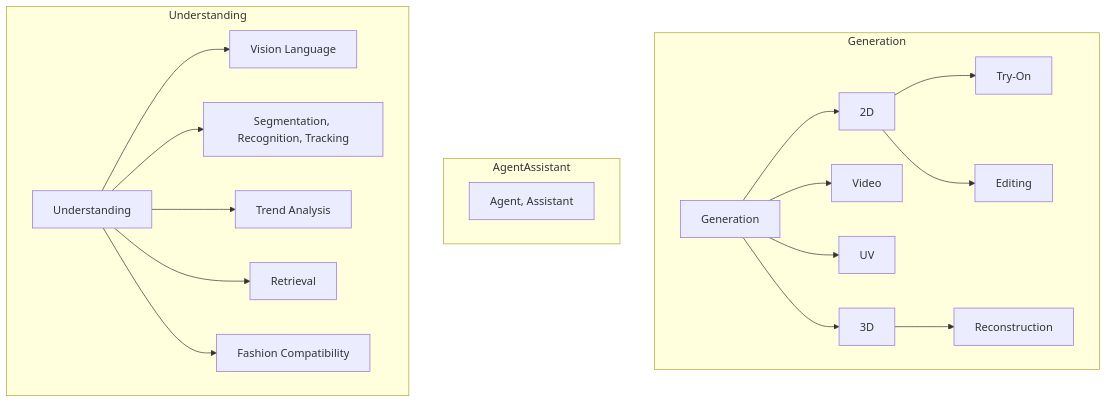
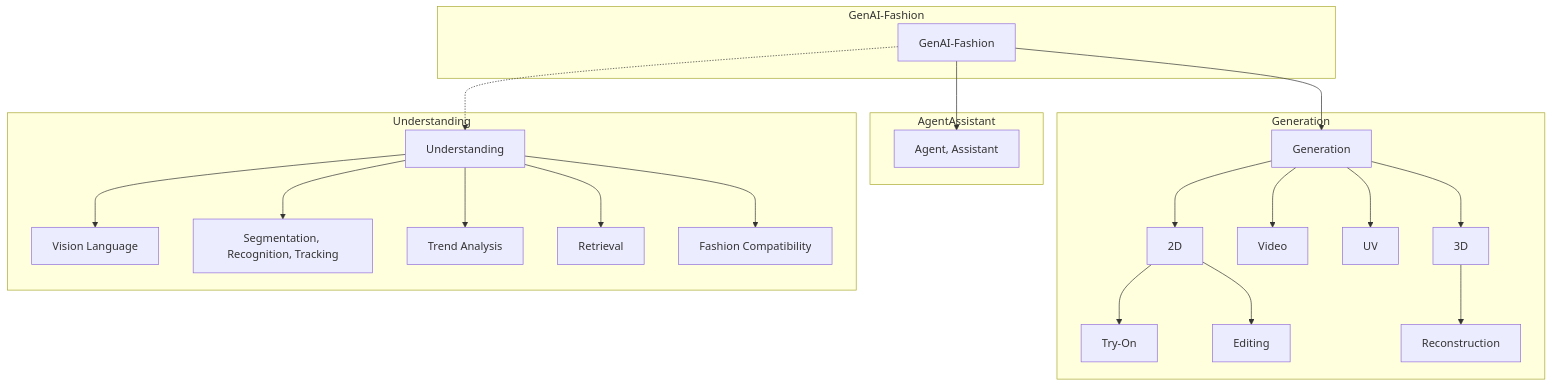
Before and after one commit to wendashi/Cool-GenAI-Fashion-Papers: the diagram in README.md, drawn with Mermaid.

````diff
--- a/README.md
+++ b/README.md
@@ -30,24 +30,32 @@
 ```mermaid
 graph TB;
+
+subgraph GenAI-Fashion
+  gf1[GenAI-Fashion]
+end
 
 subgraph Generation
   gen1[Generation] --> gen2[2D] --> gen3[Try-On]
   gen2 --> gen4[Editing]
   gen1 --> gen5[Video]
   gen1 --> gen6[UV]
   gen1 --> gen7[3D] --> gen8[Reconstruction]
 end
 
 subgraph AgentAssistant
   aa1[Agent, Assistant]
 end
 
 subgraph Understanding
   u1[Understanding] --> u2[Vision Language]
   u1 --> u3[Segmentation, Recognition, Tracking]
   u1 --> u4[Trend Analysis]
   u1 --> u5[Retrieval]
   u1 --> u6[Fashion Compatibility]
 end
 
+gf1 --> gen1
+gf1 --> aa1
+gf1 -.-> u1
+
 ```
````
